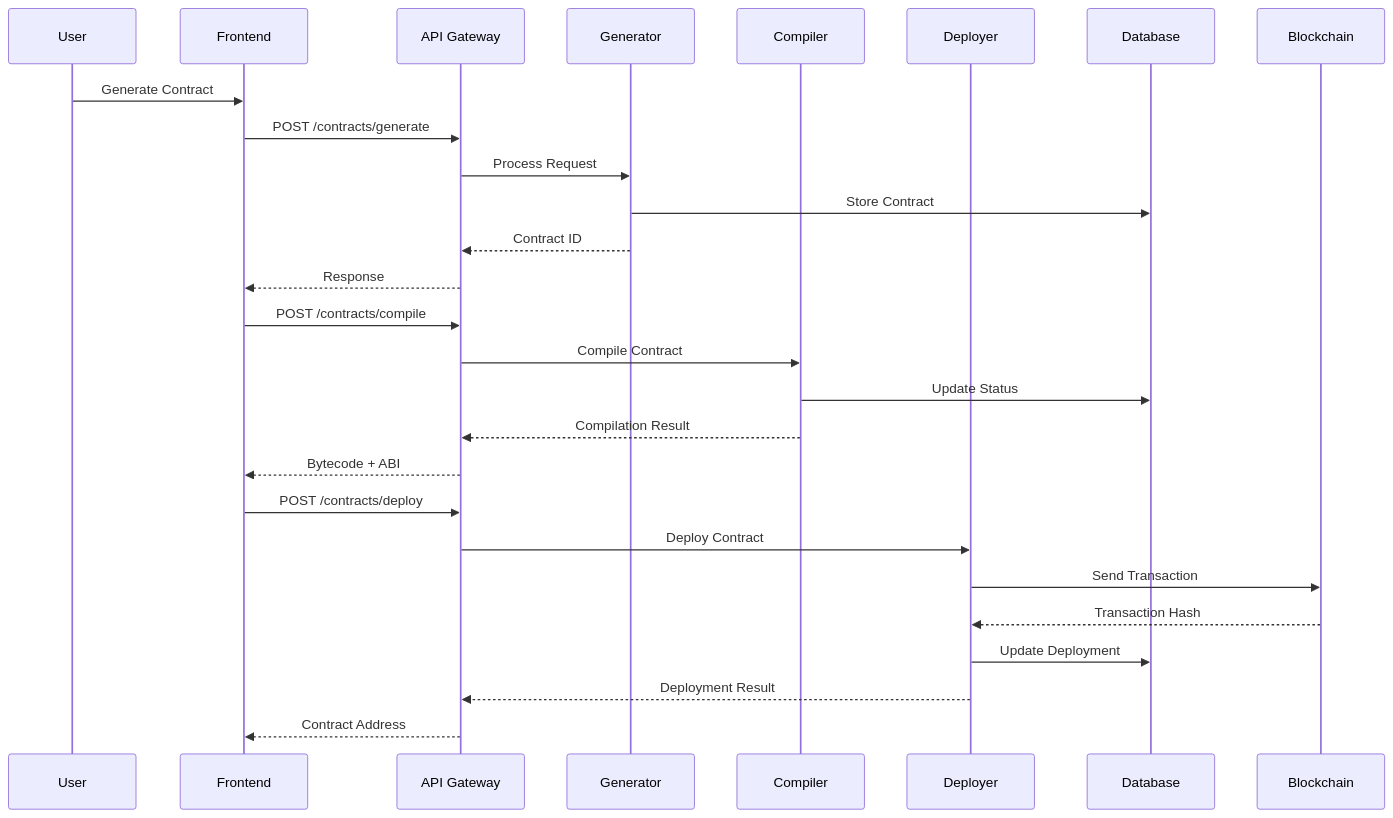
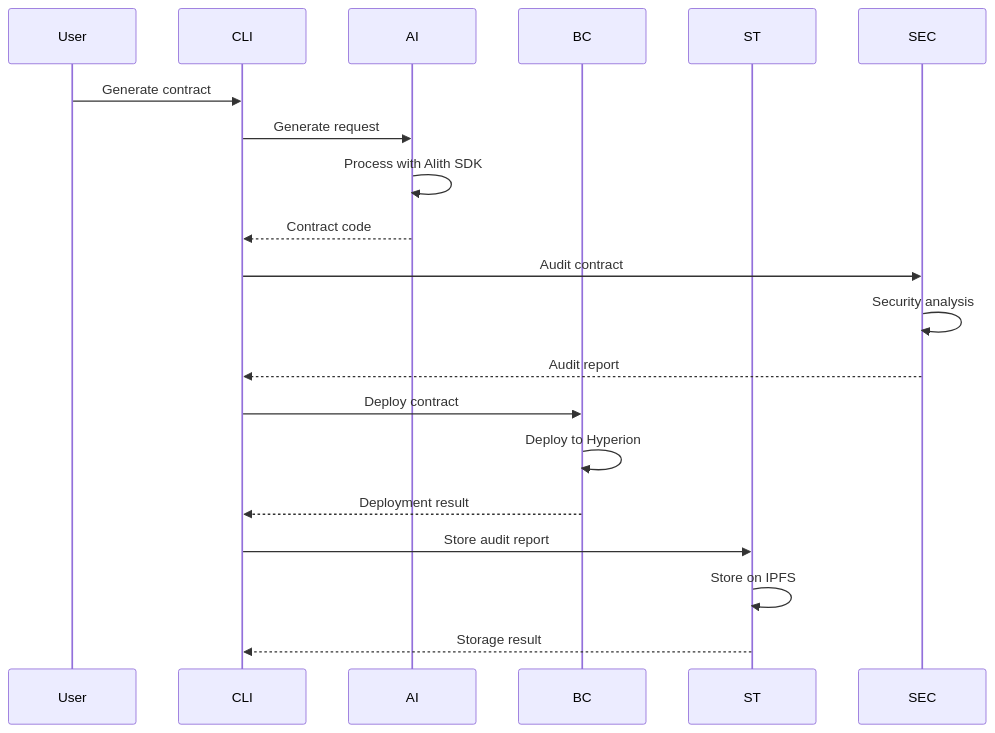
The second of 13 diagrams in hyperkit-agent/docs/ARCHITECTURE_DIAGRAMS.md (JustineDevs/Hyperkit-Agent), drawn with Mermaid before and after one commit. The commit also changed other lines of this file and 118 other files, not shown here.

````diff
--- a/hyperkit-agent/docs/ARCHITECTURE_DIAGRAMS.md
+++ b/hyperkit-agent/docs/ARCHITECTURE_DIAGRAMS.md
@@ -79,30 +63,26 @@
 ```mermaid
 sequenceDiagram
-    participant U as User
-    participant F as Frontend
-    participant A as API Gateway
-    participant G as Generator
-    participant C as Compiler
-    participant D as Deployer
-    participant DB as Database
-    participant BC as Blockchain
+    participant User
+    participant CLI
+    participant AI
+    participant BC
+    participant ST
+    participant SEC
     
-    U->>F: Generate Contract
-    F->>A: POST /contracts/generate
-    A->>G: Process Request
-    G->>DB: Store Contract
-    G-->>A: Contract ID
-    A-->>F: Response
-    F->>A: POST /contracts/compile
-    A->>C: Compile Contract
-    C->>DB: Update Status
-    C-->>A: Compilation Result
-    A-->>F: Bytecode + ABI
-    F->>A: POST /contracts/deploy
-    A->>D: Deploy Contract
-    D->>BC: Send Transaction
-    BC-->>D: Transaction Hash
-    D->>DB: Update Deployment
-    D-->>A: Deployment Result
-    A-->>F: Contract Address
+    User->>CLI: Generate contract
+    CLI->>AI: Generate request
+    AI->>AI: Process with Alith SDK
+    AI-->>CLI: Contract code
+    
+    CLI->>SEC: Audit contract
+    SEC->>SEC: Security analysis
+    SEC-->>CLI: Audit report
+    
+    CLI->>BC: Deploy contract
+    BC->>BC: Deploy to Hyperion
+    BC-->>CLI: Deployment result
+    
+    CLI->>ST: Store audit report
+    ST->>ST: Store on IPFS
+    ST-->>CLI: Storage result
 ```
````
